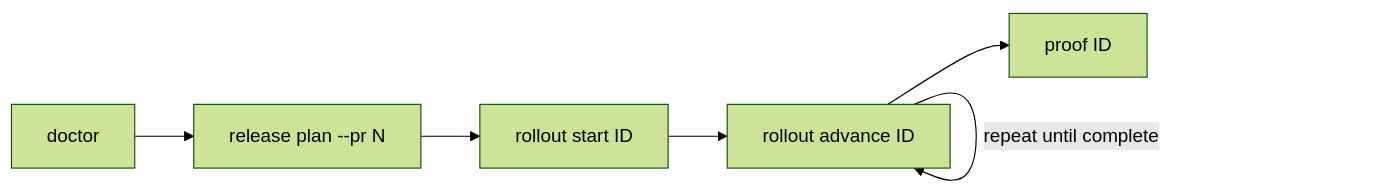
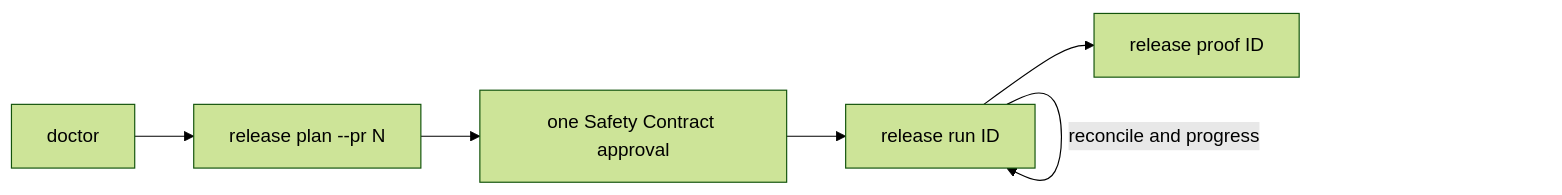
The diagram in website/src/content/docs/guides/release-end-to-end.md (AndrewMaged814/safelane), drawn with Mermaid (forest theme) before and after one commit. The commit also changed other lines of this file and 5 other files, not shown here.

````diff
--- a/website/src/content/docs/guides/release-end-to-end.md
+++ b/website/src/content/docs/guides/release-end-to-end.md
@@ -10,8 +10,8 @@
 ```mermaid
 flowchart LR
   A["doctor"] --> B["release plan --pr N"]
-  B --> C["rollout start ID"]
-  C --> D["rollout advance ID"]
-  D -->|repeat until complete| D
-  D --> E["proof ID"]
+  B --> C["one Safety Contract approval"]
+  C --> D["release run ID"]
+  D -->|reconcile and progress| D
+  D --> E["release proof ID"]
 ```
````
